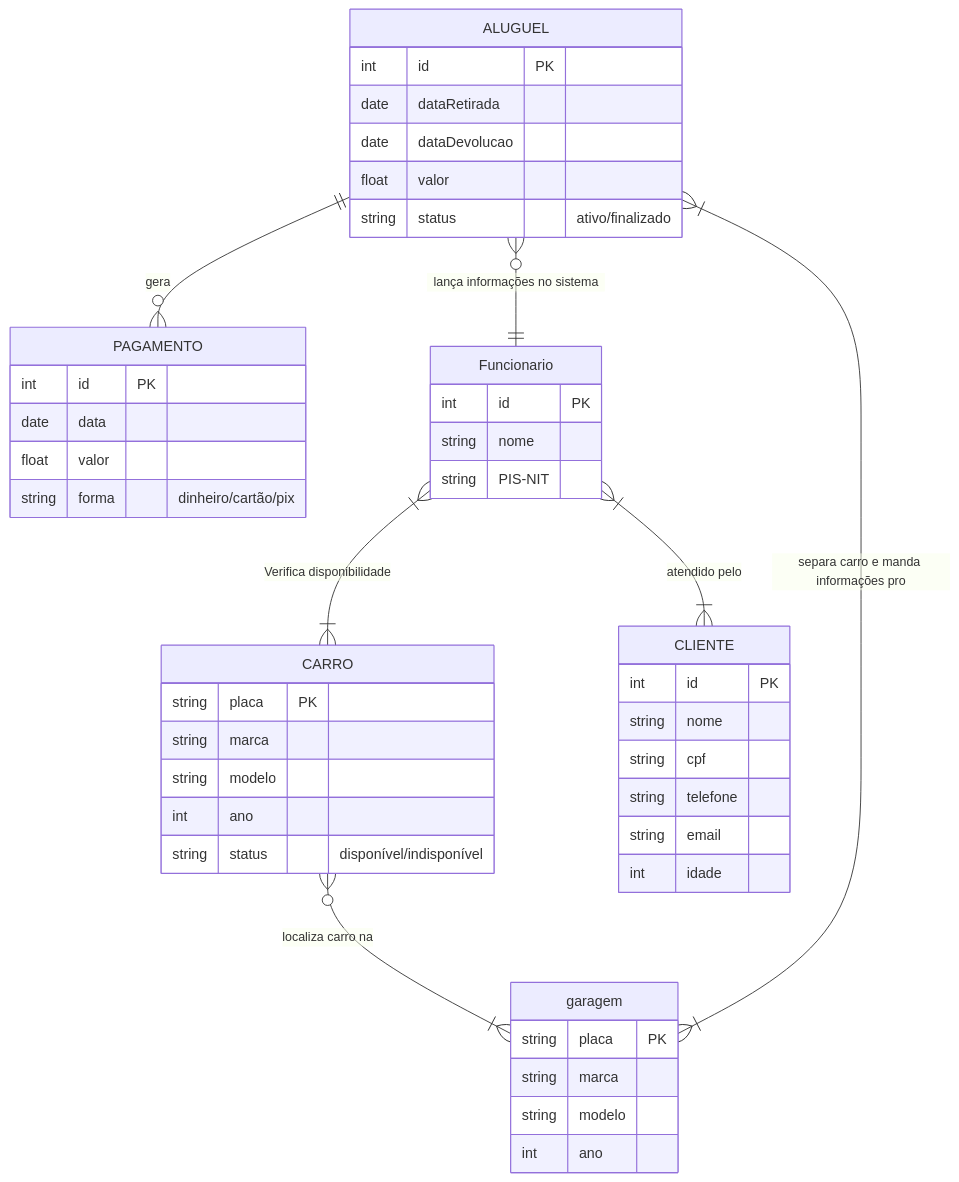
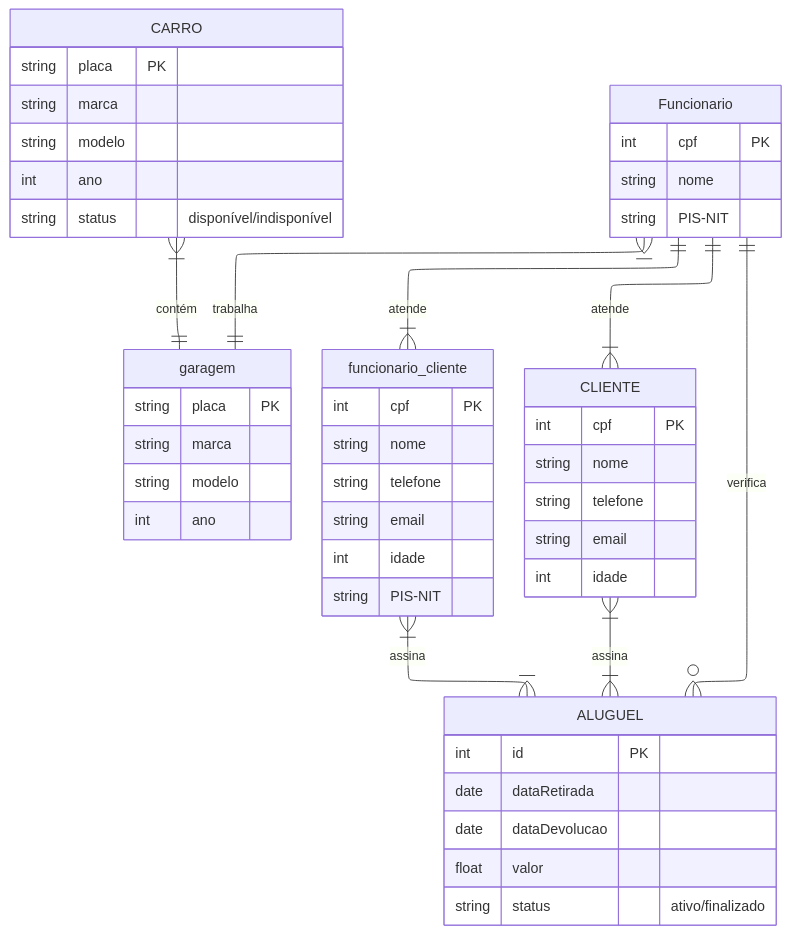
Before and after one commit to Herton137/ALUCAR-: the diagram in README.md, drawn with Mermaid.

````diff
--- a/README.md
+++ b/README.md
@@ -5,61 +5,61 @@
 ```mermaid
 ---
 config:
-  layout: dagre
+  layout: elk
 ---
 erDiagram
 	direction TB
 	ALUGUEL {
 		int id PK ""  
 		date dataRetirada  ""  
 		date dataDevolucao  ""  
 		float valor  ""  
 		string status  "ativo/finalizado"  
 	}
 
 	CARRO {
 		string placa PK ""  
 		string marca  ""  
 		string modelo  ""  
 		int ano  ""  
 		string status  "disponível/indisponível"  
 	}
 
-	PAGAMENTO {
-		int id PK ""  
-		date data  ""  
-		float valor  ""  
-		string forma  "dinheiro/cartão/pix"  
-	}
-
-	CLIENTE {
-		int id PK ""  
-		string nome  ""  
-		string cpf  ""  
-		string telefone  ""  
-		string email  ""  
-		int idade  ""  
-	}
-
-	Funcionario {
-		int id PK ""  
-		string nome  ""  
-		string PIS-NIT  ""  
-	}
-
 	garagem {
 		string placa PK ""  
 		string marca  ""  
 		string modelo  ""  
 		int ano  ""  
 	}
 
-	ALUGUEL}o--||Funcionario:"lança informações no sistema"
-	ALUGUEL||--o{PAGAMENTO:"gera"
-	Funcionario}|--|{CLIENTE:"atendido pelo"
-	CARRO}o--|{garagem:"localiza carro na"
-	garagem}|--|{ALUGUEL:"separa carro e manda informações pro"
-	Funcionario}|--|{CARRO:"Verifica disponibilidade"
+	funcionario_cliente {
+		int cpf PK ""  
+		string nome  ""  
+		string telefone  ""  
+		string email  ""  
+		int idade  ""  
+		string PIS-NIT  ""  
+	}
 
-	classDef Pine :,stroke-width:1px, stroke-dasharray:none, stroke:#254336, fill:#27654A, color:#FFFFFF
+	CLIENTE {
+		int cpf PK ""  
+		string nome  ""  
+		string telefone  ""  
+		string email  ""  
+		int idade  ""  
+	}
+
+	Funcionario {
+		int cpf PK ""  
+		string nome  ""  
+		string PIS-NIT  ""  
+	}
+
+	ALUGUEL}o--||Funcionario:"verifica"
+	Funcionario||--|{CLIENTE:"atende"
+	Funcionario}|--||garagem:"trabalha"
+	CARRO}|--||garagem:"contém"
+	CLIENTE}|--|{ALUGUEL:"assina"
+	funcionario_cliente}|--|{ALUGUEL:"assina"
+	Funcionario||--|{funcionario_cliente:"atende"
 ```
````
